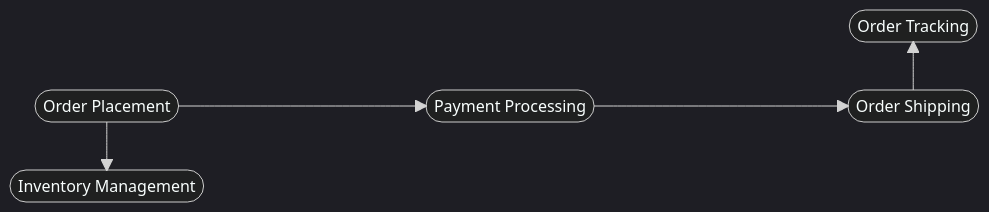
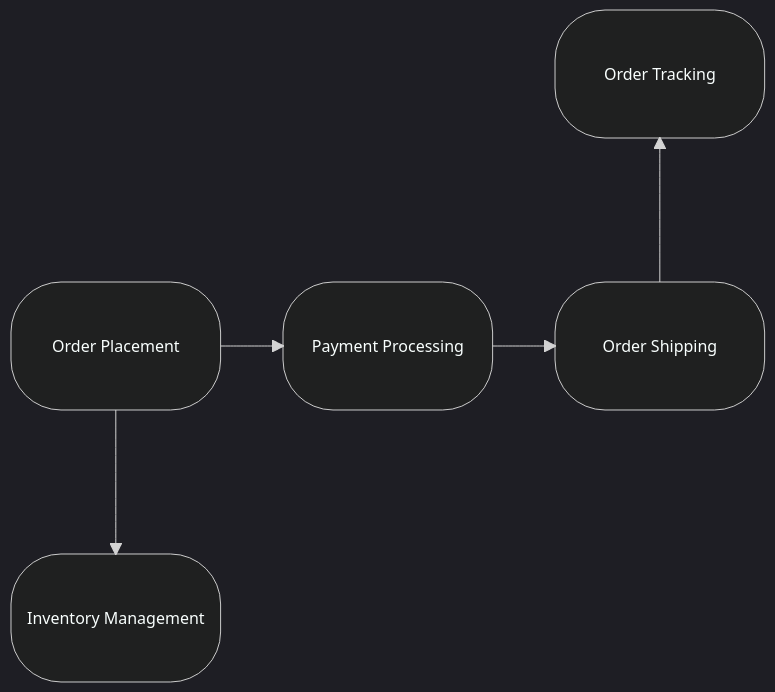
Before and after one commit to Copystrike/slides-ict-architecture: the first of 7 diagrams in theorieles 3/index.md, drawn with Mermaid. The commit also changed other lines of this file and 2 other files, not shown here.

Commit message:
Fix diagram text size. Scrolling behavior is hard to fix because Reveal does a whole bunch of transforms and units like vw or vh don't act as expected.

```diff
--- a/theorieles 3/index.md
+++ b/theorieles 3/index.md
@@ -17,21 +17,47 @@
-<div class="mermaid">
+<div class="mermaid" data-text-scaling="3">
 %%{init: {'theme': 'dark', 'themeVariables': { 'darkMode': true }}}%%
 block-beta
-  columns 5
-  space:4 ordertracking
-  space:5
-  orderplacement space paymentprocessing space ordershipping
-  space:5
-  inventorymanagement space:4
+  %% 14 omdat er rij is met drie blokken met spaties tussen
+  %% dus veelvoud van 3, plus 2
+  %% zodat blokken aanzienlijk meer plaats innemen dan spaties
+  columns 14
+  space:10 ordertracking:4
+  space:14
+  orderplacement:4 space:1 paymentprocessing:4 space:1 ordershipping:4
+  space:14
+  inventorymanagement:4 space:10
+
+  %% ronde haakjes voor afgerond blok
+  ordertracking("Order Tracking")
+  ordershipping("Order Shipping")
+  orderplacement("Order Placement")
+  inventorymanagement("Inventory Management")
+  paymentprocessing("Payment Processing")
+
+  orderplacement-->inventorymanagement
   orderplacement-->paymentprocessing
   paymentprocessing-->ordershipping
-  orderplacement-->inventorymanagement
   ordershipping-->ordertracking
 
-  orderplacement(["Order Placement"])
-  paymentprocessing(["Payment Processing"])
-  ordershipping(["Order Shipping"])
-  ordertracking(["Order Tracking"])
-  inventorymanagement(["Inventory Management"])
+  %% rx en ry zorgen voor mate afronding
+  classDef component rx:50px,ry:50px,height:8em
+  class ordertracking component
+  class ordershipping component
+  class paymentprocessing component
+  class orderplacement component
+  class inventorymanagement component
+
+  %% kan op span met text een display:inline-block en transform:scale(...) zetten
+  %% maar wordt afgesneden
+  %% kan het ook op de g met klasse label zetten, dan wordt het niet afgesneden
+  %% maar moet dan wel translatie corrigeren
+  %% oké, kan dit?
+  %% voor elk Mermaid diagram
+  %%   eerst de data-text-scaling achterhalen
+  %%   als die er is
+  %%     voor elke vervatte instantie van de klasse "component"
+  %%     alle kind-g's met klasse label zoeken
+  %%     hun transform uitbreiden met de overeenkomstige schaalfactor
+  %%     en hun translatie aanpassen (evenredig lijkt goed)
 
 </div>
```
